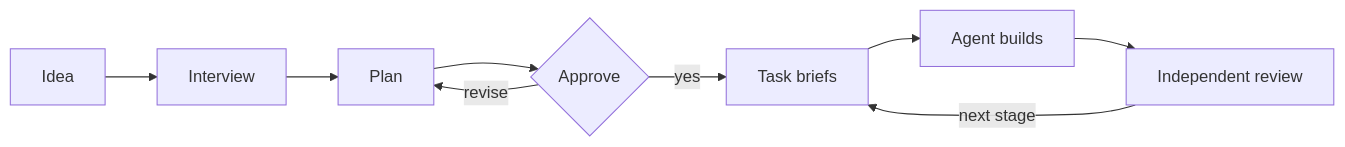
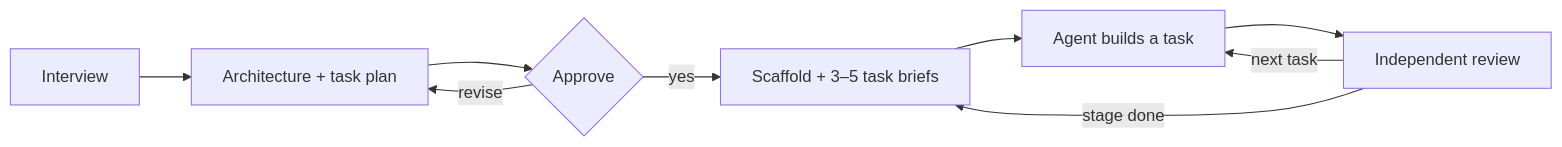
Before and after one commit to atshv/Polier: the diagram in README.md, drawn with Mermaid. The commit also changed other lines of this file and 13 other files, not shown here.

````diff
--- a/README.md
+++ b/README.md
@@ -10,7 +27,8 @@
 ```mermaid
 flowchart LR
-    A[Idea] --> B[Interview] --> C[Plan] --> D{Approve}
-    D -- yes --> E[Task briefs] --> F[Agent builds] --> G[Independent review]
-    D -- revise --> C
-    G -- next stage --> E
+    A[Interview] --> B[Architecture + task plan] --> C{Approve}
+    C -- revise --> B
+    C -- yes --> D[Scaffold + 3–5 task briefs] --> E[Agent builds a task] --> F[Independent review]
+    F -- next task --> E
+    F -- stage done --> D
 ```
````
